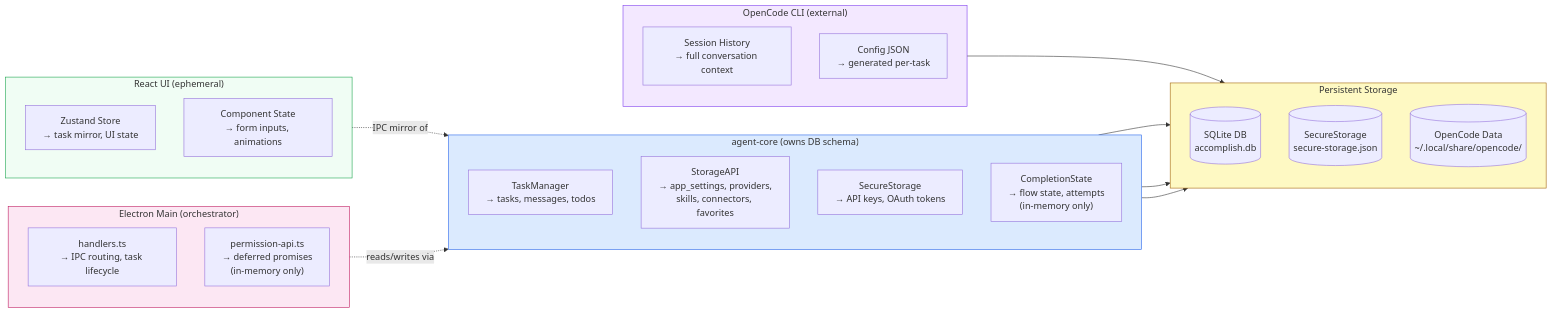
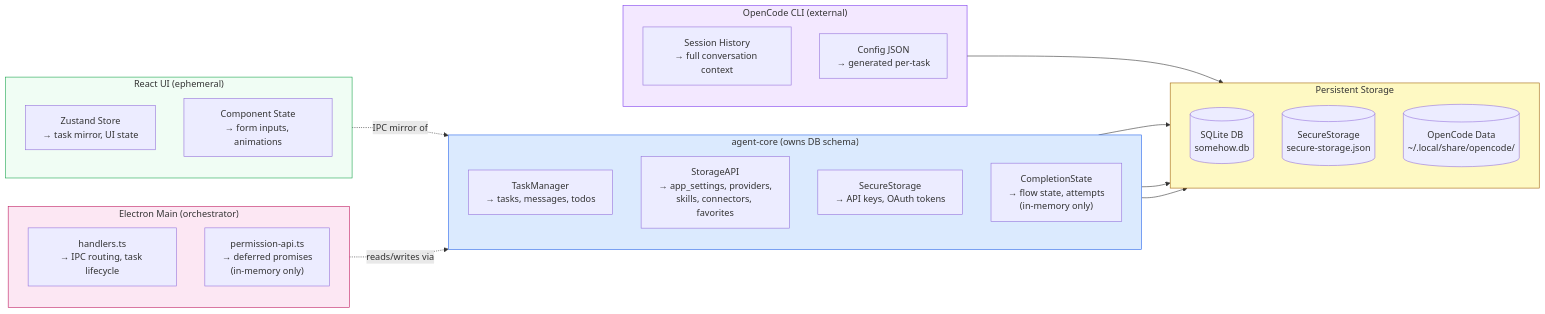
Diagram 11 of 16 in docs/information-viewpoint.md (its-harshit/openplish), drawn with Mermaid before and after one commit. The commit also changed other lines of this file and 148 other files, not shown here.

````diff
--- a/docs/information-viewpoint.md
+++ b/docs/information-viewpoint.md
@@ -483,48 +483,48 @@
 ```mermaid
 flowchart LR
     subgraph Persistent["Persistent Storage"]
         direction TB
-        DB[(SQLite DB<br/>accomplish.db)]
+        DB[(SQLite DB<br/>somehow.db)]
         SS[(SecureStorage<br/>secure-storage.json)]
         OCS[(OpenCode Data<br/>~/.local/share/opencode/)]
     end
 
     subgraph AgentCore["agent-core (owns DB schema)"]
         direction TB
         AC1["TaskManager<br/>→ tasks, messages, todos"]
         AC2["StorageAPI<br/>→ app_settings, providers,<br/>skills, connectors, favorites"]
         AC3["SecureStorage<br/>→ API keys, OAuth tokens"]
         AC4["CompletionState<br/>→ flow state, attempts<br/>(in-memory only)"]
     end
 
     subgraph ElectronMain2["Electron Main (orchestrator)"]
         direction TB
         EM1["handlers.ts<br/>→ IPC routing, task lifecycle"]
         EM2["permission-api.ts<br/>→ deferred promises<br/>(in-memory only)"]
     end
 
     subgraph ReactUI["React UI (ephemeral)"]
         direction TB
         RU1["Zustand Store<br/>→ task mirror, UI state"]
         RU2["Component State<br/>→ form inputs, animations"]
     end
 
     subgraph OpenCode["OpenCode CLI (external)"]
         direction TB
         OC1["Session History<br/>→ full conversation context"]
         OC2["Config JSON<br/>→ generated per-task"]
     end
 
     AC1 --> DB
     AC2 --> DB
     AC3 --> SS
     OC1 --> OCS
     EM1 -.->|reads/writes via| AC2
     RU1 -.->|IPC mirror of| AC1
 
     style Persistent fill:#fef9c3,stroke:#a16207
     style AgentCore fill:#dbeafe,stroke:#2563eb
     style ElectronMain2 fill:#fce7f3,stroke:#be185d
     style ReactUI fill:#f0fdf4,stroke:#16a34a
     style OpenCode fill:#f3e8ff,stroke:#7c3aed
 ```
````
